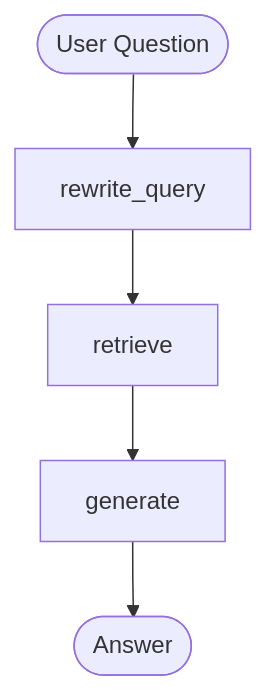
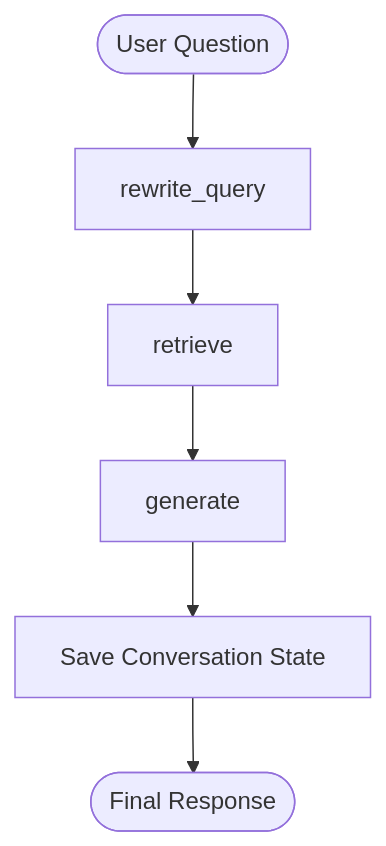
The second of 2 diagrams in README.md (agarwal-gopesh/ENTHRA), drawn with Mermaid before and after one commit. The commit also changed other lines of this file, not shown here.

````diff
--- a/README.md
+++ b/README.md
@@ -118,7 +231,8 @@
 ```mermaid
 flowchart TD
     A([User Question]) --> B[rewrite_query]
     B --> C[retrieve]
     C --> D[generate]
-    D --> E([Answer])
+    D --> E[Save Conversation State]
+    E --> F([Final Response])
 ```
````
